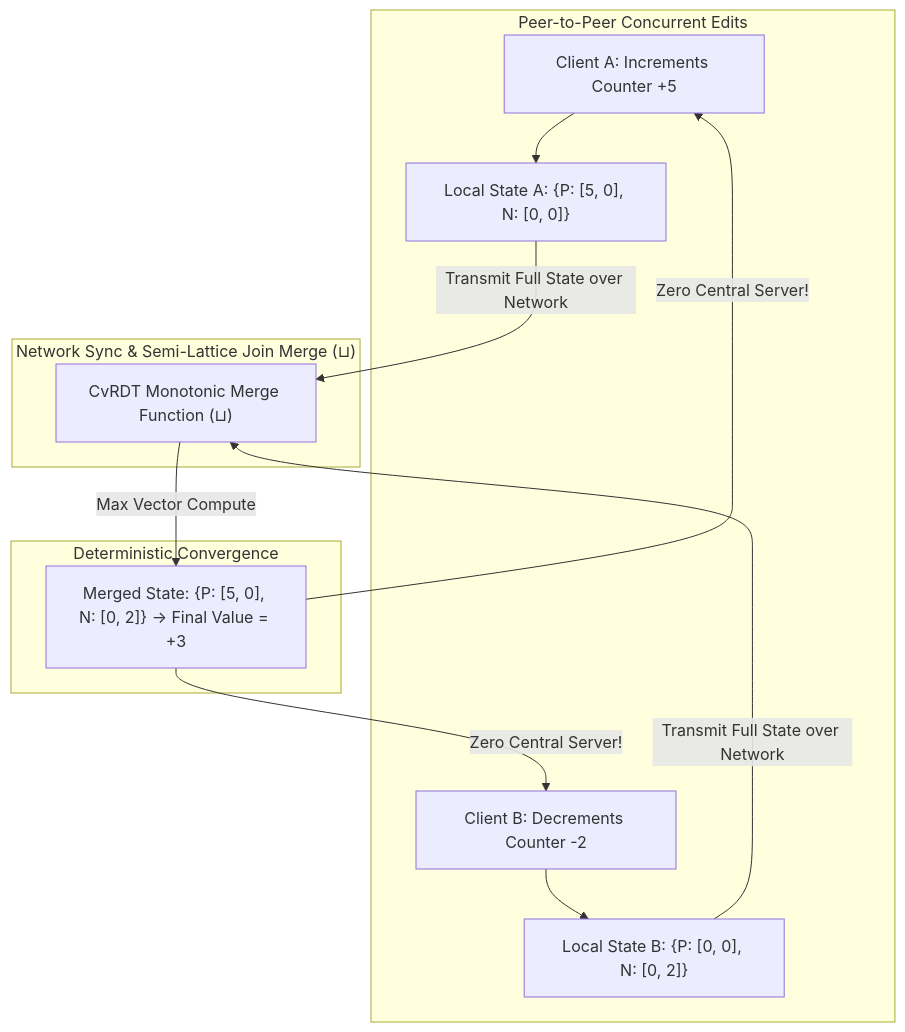
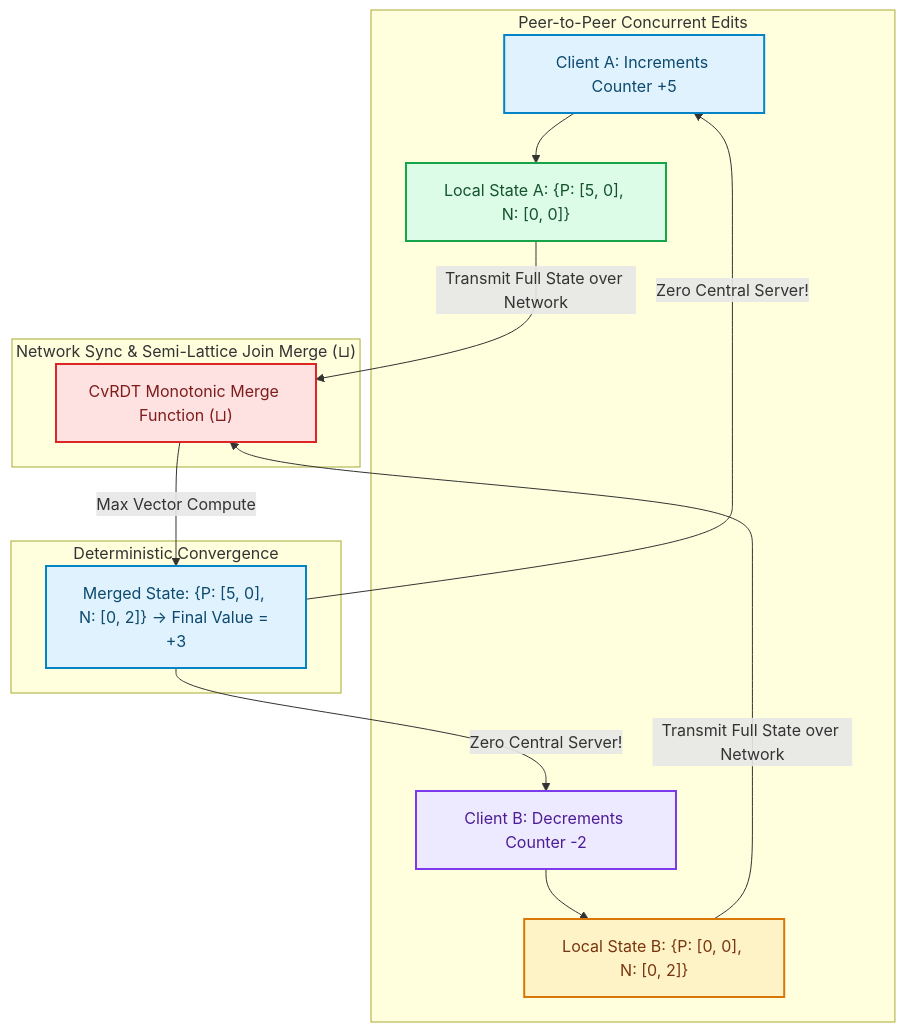
The diagram in blog/posts/crdt-state-vs-operation-based-collaborative-state-sync.md (akmalkhaniub/akmalkhaniub.github.io), drawn with Mermaid before and after one commit. The commit also changed other lines of this file and 1291 other files, not shown here.

First line of the commit message:
feat(catalog): unique covers, scholarly references, and diagram palettes

````diff
--- a/blog/posts/crdt-state-vs-operation-based-collaborative-state-sync.md
+++ b/blog/posts/crdt-state-vs-operation-based-collaborative-state-sync.md
@@ -19,16 +19,27 @@
 ```mermaid
 flowchart TD
   subgraph SG1_PeerToPeer ["Peer-to-Peer Concurrent Edits"]
-    PeerA[Client A: Increments Counter +5] --> StateA["Local State A: {P: [5, 0], N: [0, 0]}"]
-    PeerB[Client B: Decrements Counter -2] --> StateB["Local State B: {P: [0, 0], N: [0, 2]}"]
+    PeerA["Client A: Increments Counter +5"] --> StateA["Local State A: {P: [5, 0], N: [0, 0]}"]
+    PeerB["Client B: Decrements Counter -2"] --> StateB["Local State B: {P: [0, 0], N: [0, 2]}"]
   end
   
   subgraph SG2_NetworkSyncSemi ["Network Sync & Semi-Lattice Join Merge (⊔)"]
     StateA & StateB -->|Transmit Full State over Network| MergeEngine["CvRDT Monotonic Merge Function (⊔)"]
   end
   
   subgraph SG3_DeterministicConvergence ["Deterministic Convergence"]
     MergeEngine -->|Max Vector Compute| ConvergedState["Merged State: {P: [5, 0], N: [0, 2]} -> Final Value = +3"]
     ConvergedState -->|Zero Central Server!| PeerA & PeerB
   end
+
+classDef green fill:#dcfce7,stroke:#16a34a,stroke-width:2px,color:#14532d;
+classDef red fill:#fee2e2,stroke:#dc2626,stroke-width:2px,color:#7f1d1d;
+classDef blue fill:#e0f2fe,stroke:#0284c7,stroke-width:2px,color:#0c4a6e;
+classDef yellow fill:#fef3c7,stroke:#d97706,stroke-width:2px,color:#78350f;
+classDef purple fill:#ede9fe,stroke:#7c3aed,stroke-width:2px,color:#4c1d95;
+class PeerA,ConvergedState blue
+class StateA green
+class PeerB purple
+class StateB yellow
+class MergeEngine red
 ```
````
